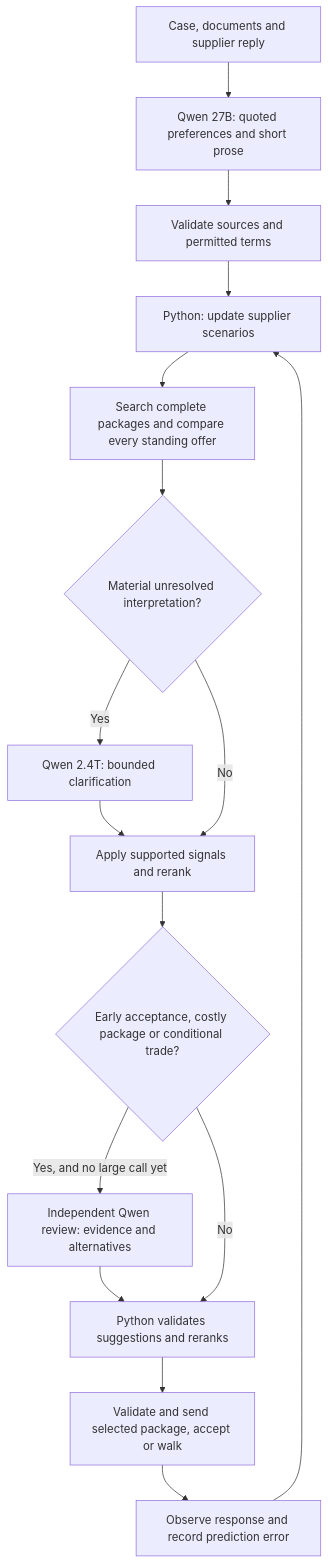
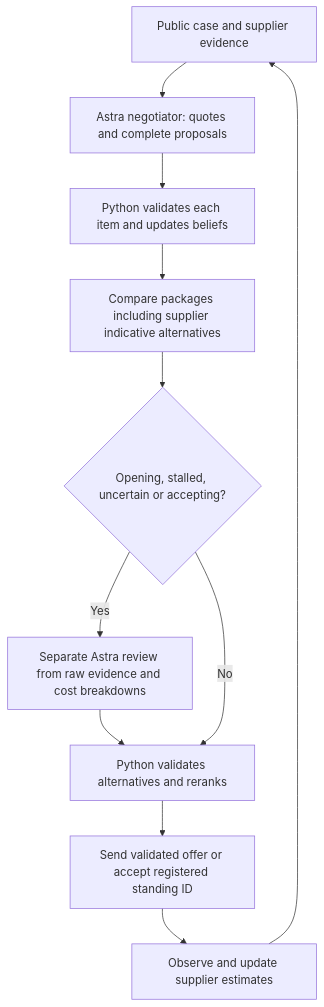
Before and after one commit to european-hackathon-league/submission-3f76c079-ac34-492c-ae1d-eada3ff92c55-1413167341: the diagram in docs/ANALYTICAL.md, drawn with Mermaid. The commit also changed other lines of this file and 13 other files, not shown here.

First line of the commit message:
Use Astra negotiation and independent review with flexible package planning

````diff
--- a/docs/ANALYTICAL.md
+++ b/docs/ANALYTICAL.md
@@ -27,18 +19,13 @@
 ```mermaid
 flowchart TD
-    A[Case, documents and supplier reply] --> B[Qwen 27B: quoted preferences and short prose]
-    B --> C[Validate sources and permitted terms]
-    C --> D[Python: update supplier scenarios]
-    D --> E[Search complete packages and compare every standing offer]
-    E --> F{Material unresolved interpretation?}
-    F -->|Yes| G[Qwen 2.4T: bounded clarification]
-    G --> H[Apply supported signals and rerank]
-    F -->|No| H
-    H --> K{Early acceptance, costly package or conditional trade?}
-    K -->|Yes, and no large call yet| L[Independent Qwen review: evidence and alternatives]
-    L --> M[Python validates suggestions and reranks]
-    K -->|No| M
-    M --> I[Validate and send selected package, accept or walk]
-    I --> J[Observe response and record prediction error]
-    J --> D
+    A[Public case and supplier evidence] --> B[Astra negotiator: quotes and complete proposals]
+    B --> C[Python validates each item and updates beliefs]
+    C --> D[Compare packages including supplier indicative alternatives]
+    D --> E{Opening, stalled, uncertain or accepting?}
+    E -->|Yes| F[Separate Astra review from raw evidence and cost breakdowns]
+    F --> G[Python validates alternatives and reranks]
+    E -->|No| G
+    G --> H[Send validated offer or accept registered standing ID]
+    H --> I[Observe and update supplier estimates]
+    I --> A
 ```
````
